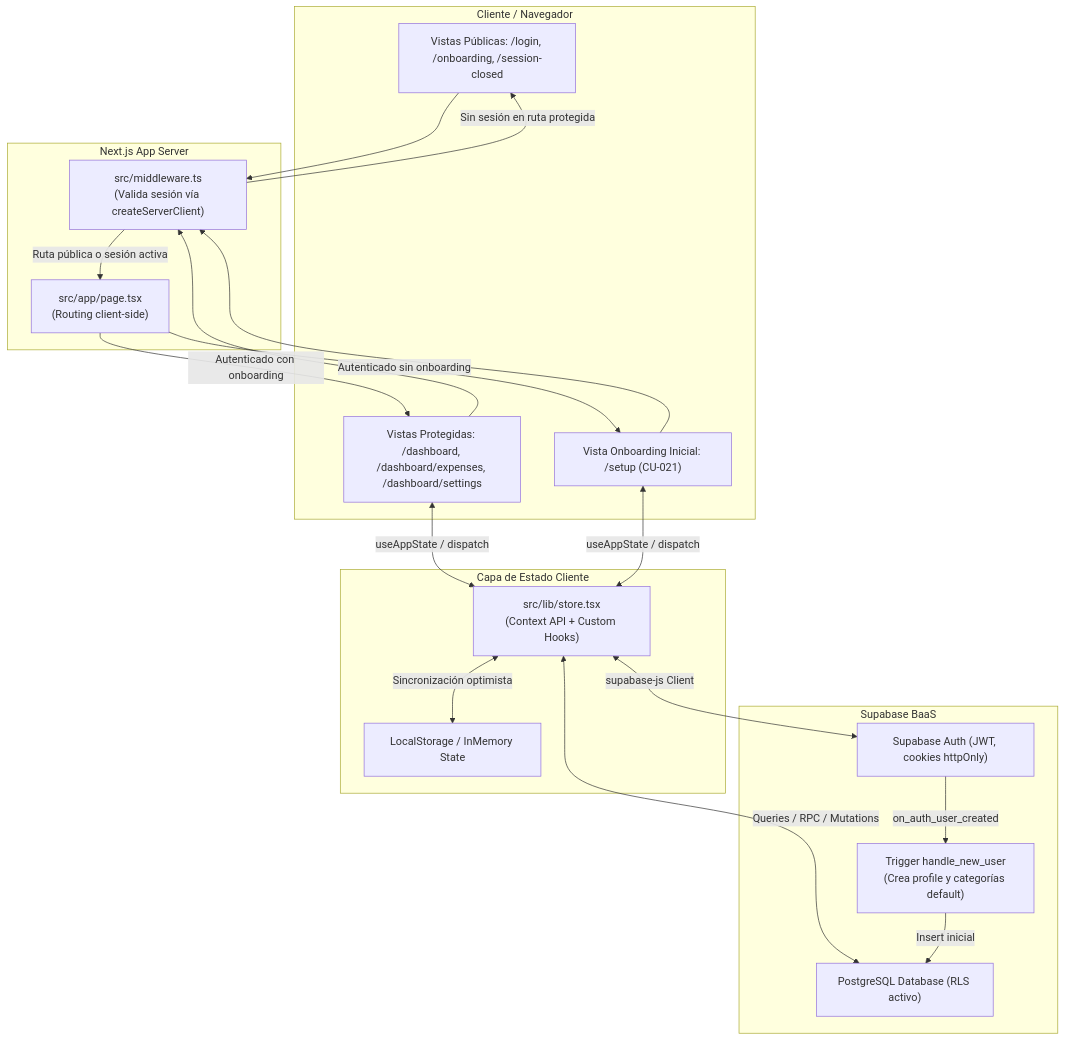
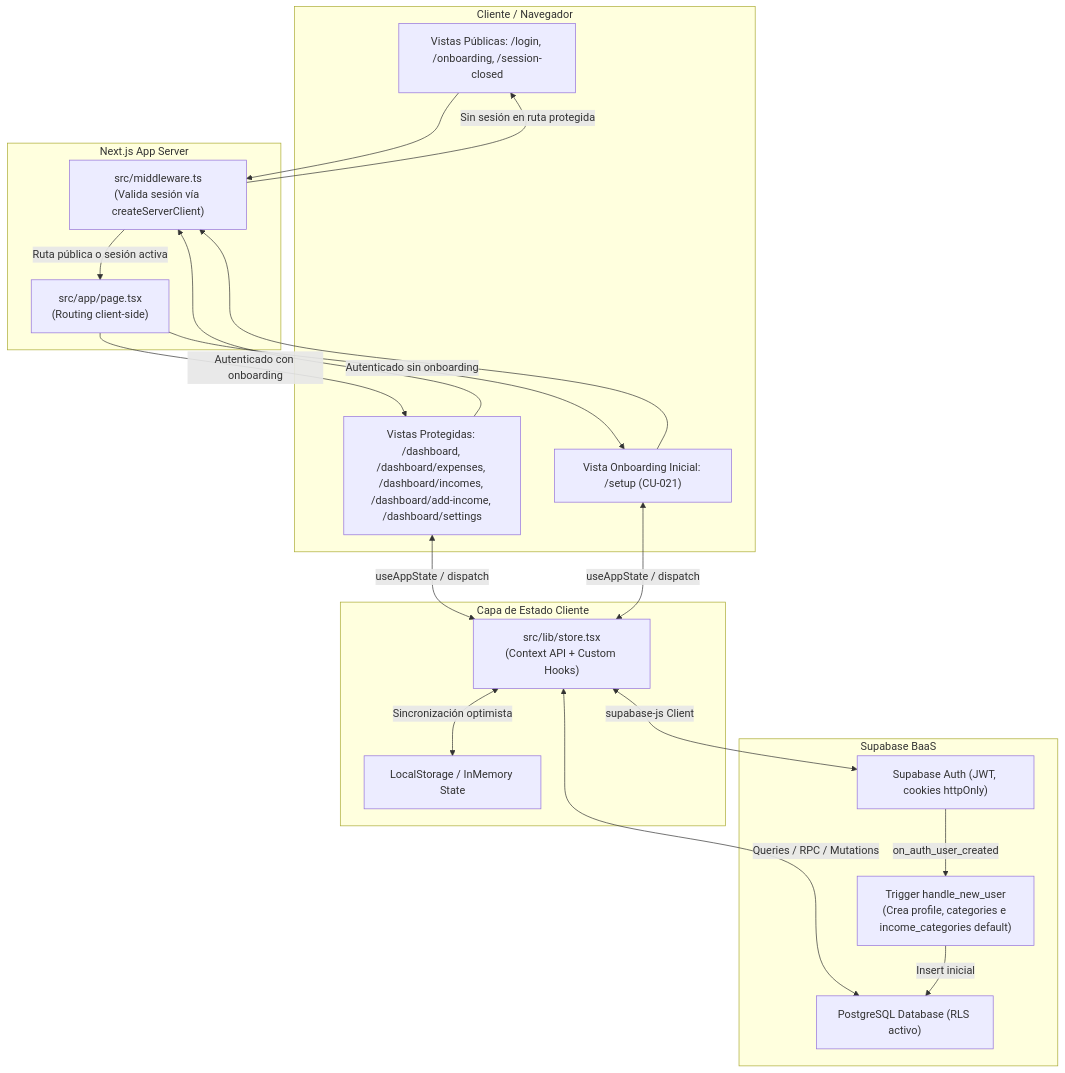
One commit to Petzega/paltazo-web-app changed the second of 9 diagrams in docs/architecture/ARCHITECTURE_SPEC.md. Above: the diagram before and after it, drawn with Mermaid. The commit also changed other lines of this file and 34 other files, not shown here.

````diff
--- a/docs/architecture/ARCHITECTURE_SPEC.md
+++ b/docs/architecture/ARCHITECTURE_SPEC.md
@@ -76,44 +104,44 @@
 ```mermaid
 flowchart TD
     subgraph ClientBrowser ["Cliente / Navegador"]
         UI_Guest["Vistas Públicas: /login, /onboarding, /session-closed"]
         UI_Init["Vista Onboarding Inicial: /setup (CU-021)"]
-        UI_Protected["Vistas Protegidas: /dashboard, /dashboard/expenses, /dashboard/settings"]
+        UI_Protected["Vistas Protegidas: /dashboard, /dashboard/expenses, /dashboard/incomes, /dashboard/add-income, /dashboard/settings"]
     end
 
     subgraph NextServer ["Next.js App Server"]
         MW["src/middleware.ts\n(Valida sesión vía createServerClient)"]
         PageRoot["src/app/page.tsx\n(Routing client-side)"]
     end
 
     subgraph StateLayer ["Capa de Estado Cliente"]
         Store["src/lib/store.tsx\n(Context API + Custom Hooks)"]
         LocalCache["LocalStorage / InMemory State"]
     end
 
     subgraph BackendServices ["Supabase BaaS"]
         AuthSvc["Supabase Auth (JWT, cookies httpOnly)"]
         PostgresDB["PostgreSQL Database (RLS activo)"]
-        Triggers["Trigger handle_new_user\n(Crea profile y categorías default)"]
+        Triggers["Trigger handle_new_user\n(Crea profile, categories e income_categories default)"]
     end
 
     %% Enrutamiento y Middleware
     UI_Guest --> MW
     UI_Init --> MW
     UI_Protected --> MW
     MW -->|Ruta pública o sesión activa| PageRoot
     MW -->|Sin sesión en ruta protegida| UI_Guest
 
     %% Flujo de Estado
     PageRoot -->|Autenticado sin onboarding| UI_Init
     PageRoot -->|Autenticado con onboarding| UI_Protected
     UI_Protected <-->|useAppState / dispatch| Store
     UI_Init <-->|useAppState / dispatch| Store
     Store <-->|Sincronización optimista| LocalCache
 
     %% Integración con Backend
     Store <-->|supabase-js Client| AuthSvc
     Store <-->|Queries / RPC / Mutations| PostgresDB
     AuthSvc -->|on_auth_user_created| Triggers
     Triggers -->|Insert inicial| PostgresDB
 ```
````
